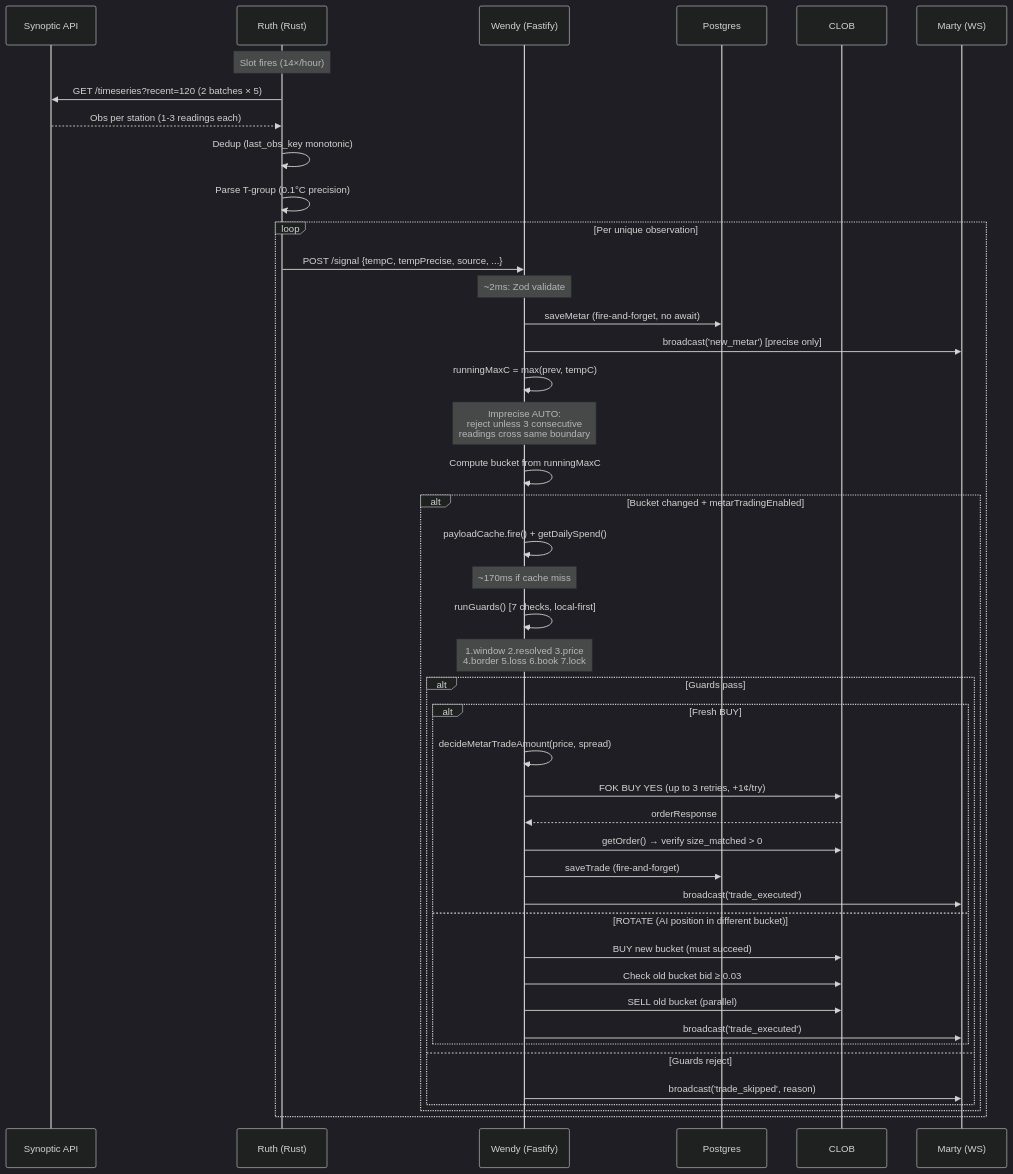
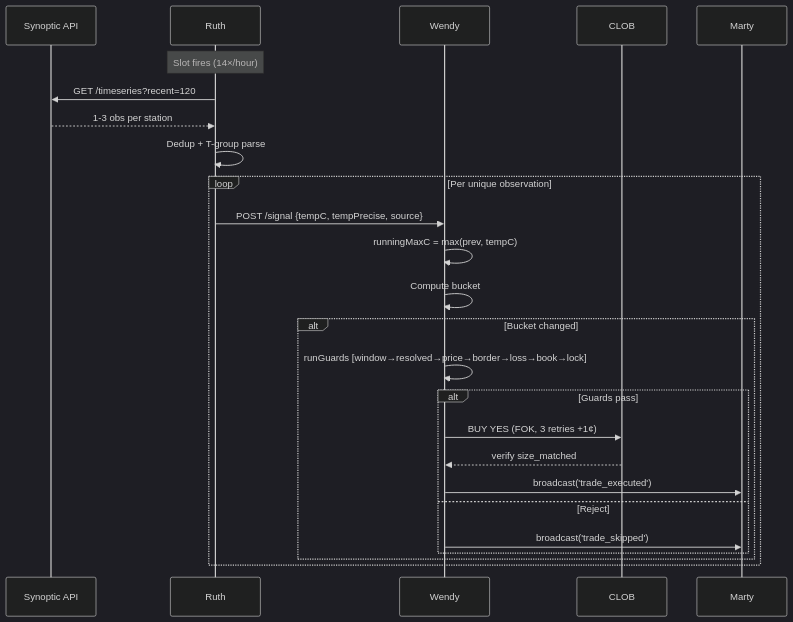
One commit to Ths33/wozark changed the second of 3 diagrams in docs/architecture.md. Above: the diagram before and after it, drawn with Mermaid (dark theme). The commit also changed other lines of this file and 1 other file, not shown here.

First line of the commit message:
docs: fix architecture diagram bugs + add HTML (architecture-diagram-generator style)

````diff
--- a/docs/architecture.md
+++ b/docs/architecture.md
@@ -150,54 +104,32 @@
 ```mermaid
 sequenceDiagram
     participant SYN as Synoptic API
-    participant R as Ruth (Rust)
-    participant W as Wendy (Fastify)
-    participant DB as Postgres
+    participant R as Ruth
+    participant W as Wendy
     participant C as CLOB
-    participant M as Marty (WS)
+    participant M as Marty
 
     Note over R: Slot fires (14×/hour)
-    R->>SYN: GET /timeseries?recent=120 (2 batches × 5)
-    SYN-->>R: Obs per station (1-3 readings each)
-    R->>R: Dedup (last_obs_key monotonic)
-    R->>R: Parse T-group (0.1°C precision)
+    R->>SYN: GET /timeseries?recent=120
+    SYN-->>R: 1-3 obs per station
+    R->>R: Dedup + T-group parse
 
     loop Per unique observation
-        R->>W: POST /signal {tempC, tempPrecise, source, ...}
-        Note over W: ~2ms: Zod validate
-
-        W->>DB: saveMetar (fire-and-forget, no await)
-        W->>M: broadcast('new_metar') [precise only]
+        R->>W: POST /signal {tempC, tempPrecise, source}
 
         W->>W: runningMaxC = max(prev, tempC)
-        Note over W: Imprecise AUTO:<br/>reject unless 3 consecutive<br/>readings cross same boundary
+        W->>W: Compute bucket
 
-        W->>W: Compute bucket from runningMaxC
-
-        alt Bucket changed + metarTradingEnabled
-            W->>W: payloadCache.fire() + getDailySpend()
-            Note over W: ~170ms if cache miss
-
-            W->>W: runGuards() [7 checks, local-first]
-            Note over W: 1.window 2.resolved 3.price<br/>4.border 5.loss 6.book 7.lock
+        alt Bucket changed
+            W->>W: runGuards [window→resolved→price→border→loss→book→lock]
 
             alt Guards pass
-                alt Fresh BUY
-                    W->>W: decideMetarTradeAmount(price, spread)
-                    W->>C: FOK BUY YES (up to 3 retries, +1¢/try)
-                    C-->>W: orderResponse
-                    W->>C: getOrder() → verify size_matched > 0
-                    W->>DB: saveTrade (fire-and-forget)
-                    W->>M: broadcast('trade_executed')
-                else ROTATE (AI position in different bucket)
-                    W->>C: BUY new bucket (must succeed)
-                    W->>C: Check old bucket bid ≥ 0.03
-                    W->>C: SELL old bucket (parallel)
-                    W->>M: broadcast('trade_executed')
-                end
-            else Guards reject
-                W->>M: broadcast('trade_skipped', reason)
+                W->>C: BUY YES (FOK, 3 retries +1¢)
+                C-->>W: verify size_matched
+                W->>M: broadcast('trade_executed')
+            else Reject
+                W->>M: broadcast('trade_skipped')
             end
         end
     end
 ```
````
